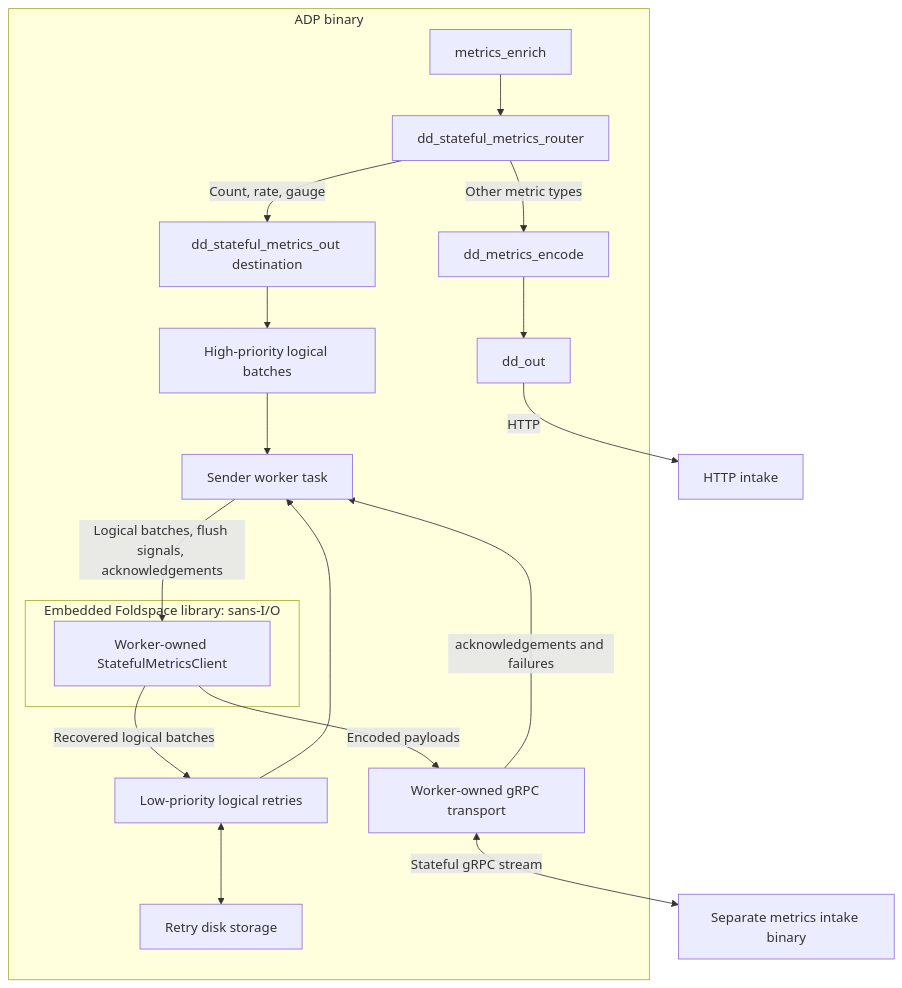
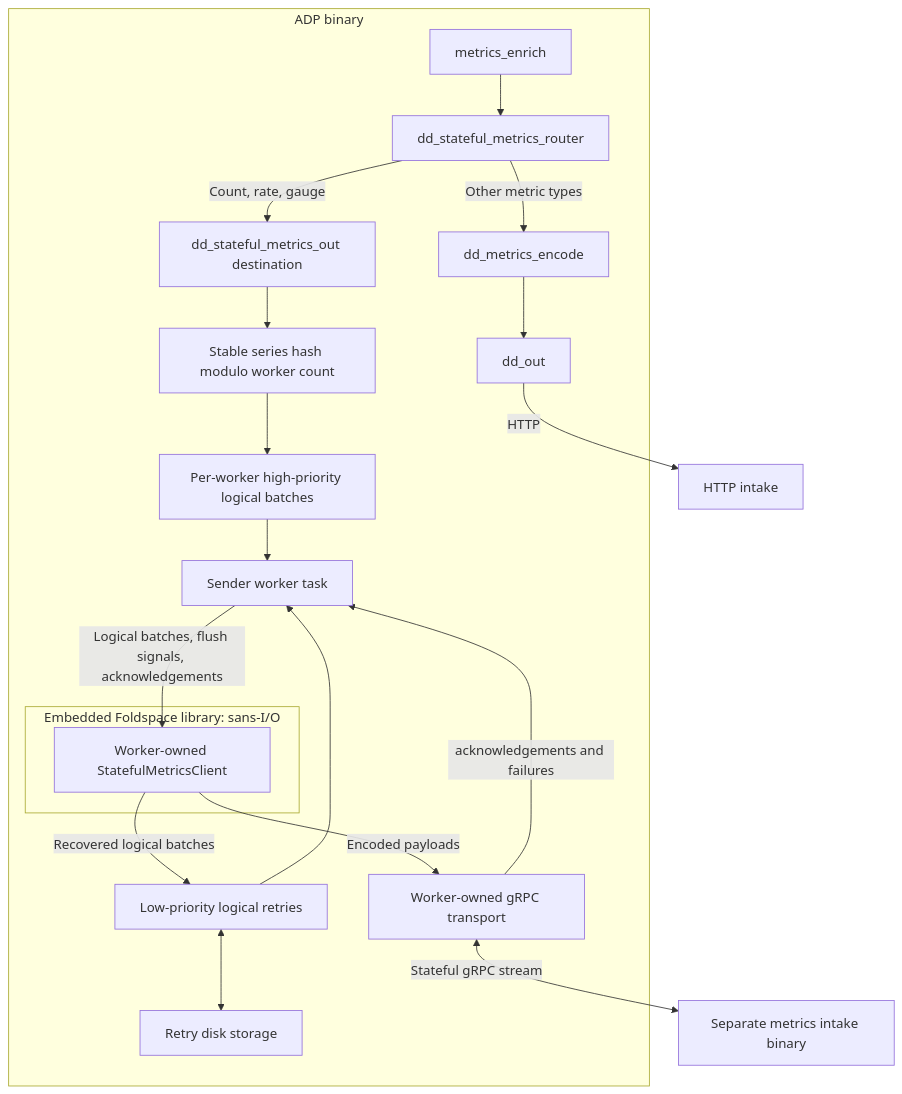
Before and after one commit to DataDog/saluki: the diagram in docs/development/stateful-metrics.md, drawn with Mermaid. The commit also changed other lines of this file and 12 other files, not shown here.

Commit message:
feat(agent-data-plane): shard stateful metrics across sender workers

````diff
--- a/docs/development/stateful-metrics.md
+++ b/docs/development/stateful-metrics.md
@@ -11,22 +11,23 @@
 ```mermaid
 flowchart TB
     subgraph ADP[ADP binary]
         Enrich[metrics_enrich] --> Route[dd_stateful_metrics_router]
         Route -->|Count, rate, gauge| Sender[dd_stateful_metrics_out destination]
         Route -->|Other metric types| Encode[dd_metrics_encode]
         Encode --> Out[dd_out]
-        Sender --> High[High-priority logical batches]
+        Sender --> Shard[Stable series hash modulo worker count]
+        Shard --> High[Per-worker high-priority logical batches]
         High --> Worker[Sender worker task]
         Low[Low-priority logical retries] --> Worker
         Low <--> Disk[Retry disk storage]
         subgraph Foldspace[Embedded Foldspace library: sans-I/O]
             Core[Worker-owned StatefulMetricsClient]
         end
         Worker -->|Logical batches, flush signals, acknowledgements| Core
         Core -->|Encoded payloads| Transport[Worker-owned gRPC transport]
         Transport -->|acknowledgements and failures| Worker
         Core -->|Recovered logical batches| Low
     end
     Transport <-->|Stateful gRPC stream| Intake[Separate metrics intake binary]
     Out -->|HTTP| HTTP[HTTP intake]
 ```
````
